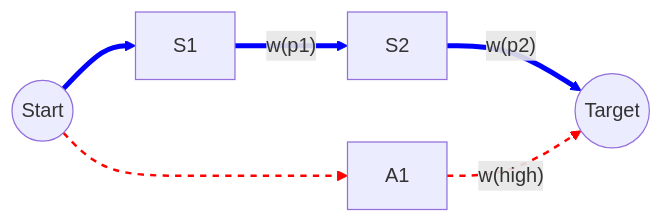
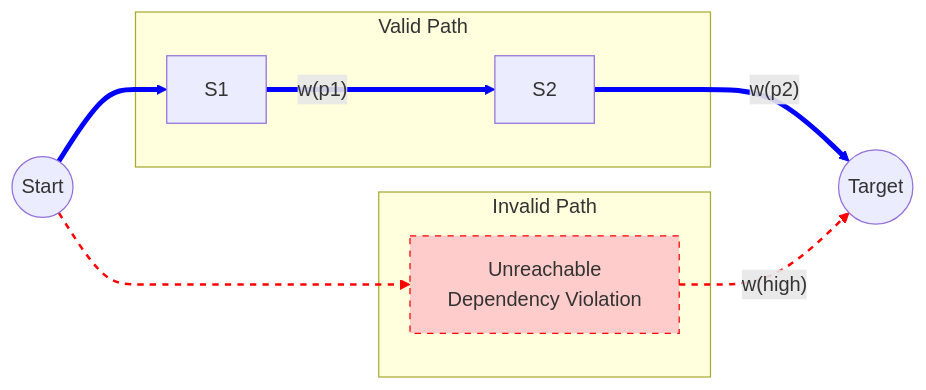
One commit to innovativecodejp/cobol-structure-analysis-lab changed the second of 2 diagrams in docs/50_guarantee/06_Metric-on-Guarantee-Space.md. Above: the diagram before and after it, drawn with Mermaid. The commit also changed other lines of this file and 3 other files, not shown here.

First line of the commit message:
Revise Guarantee Space Geometry Theory: Define Hypercube Graph, Dependency Relation, Migration Step with Closure, and Measure-Metric Relation

````diff
--- a/docs/50_guarantee/06_Metric-on-Guarantee-Space.md
+++ b/docs/50_guarantee/06_Metric-on-Guarantee-Space.md
@@ -102,12 +121,23 @@
 ```mermaid
 graph LR
     Start((Start)) --> S1
     S1 --"w(p1)"--> S2
     S2 --"w(p2)"--> Target((Target))
     
     Start --> A1
     A1 --"w(high)"--> Target
     
     linkStyle 0,1,2 stroke-width:4px,stroke:blue;
     linkStyle 3,4 stroke-width:2px,stroke:red,stroke-dasharray: 5 5;
+    
+    subgraph Valid Path
+    S1
+    S2
+    end
+    
+    subgraph Invalid Path
+    A1[Unreachable<br>Dependency Violation]:::invalid
+    end
+    
+    classDef invalid fill:#ffcccc,stroke:#ff0000,stroke-dasharray: 5 5;
 ```
````
